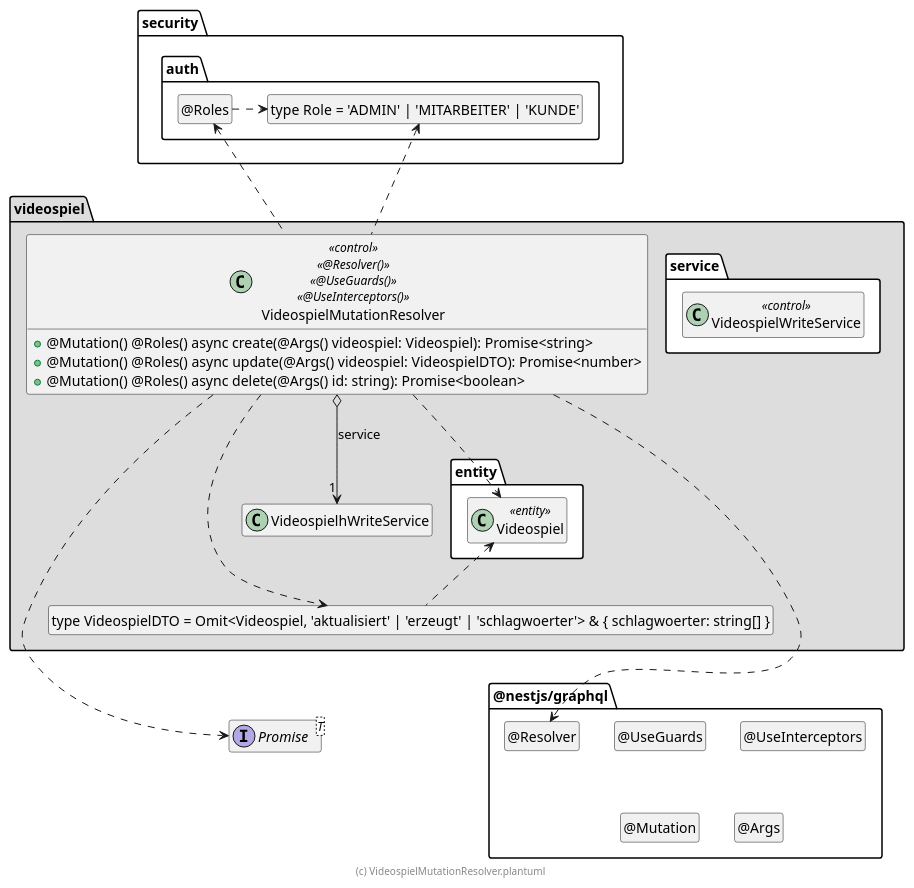
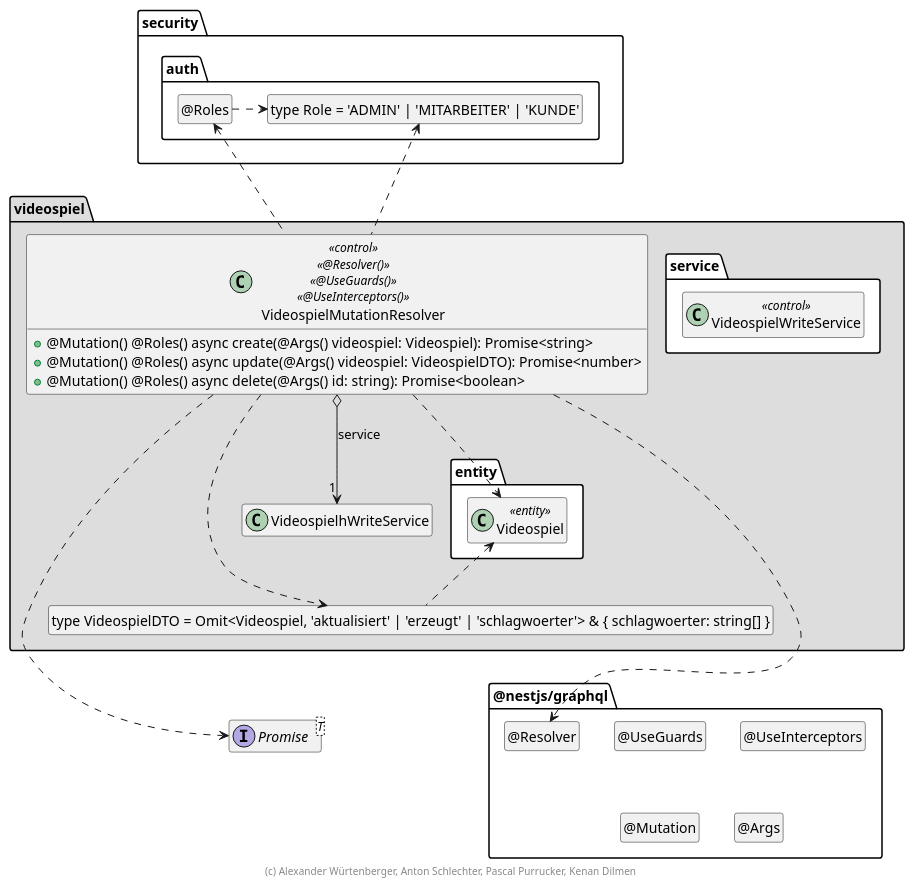
Before and after one commit to Kenan155/videospiel: the diagram in extras/doc/entwicklerhandbuch/VideospielMutationResolver.plantuml, drawn with PlantUML. The commit also changed 7 other files, not shown here.

```diff
--- a/extras/doc/entwicklerhandbuch/VideospielMutationResolver.plantuml
+++ b/extras/doc/entwicklerhandbuch/VideospielMutationResolver.plantuml
@@ -3,69 +3,69 @@
 @startuml Controller-Klasse
 
 interface Promise<T>
 
 package @nestjs/graphql {
   class "@Resolver" as Resolver
   hide Resolver circle
 
   class "@UseGuards" as UseGuards
   hide UseGuards circle
 
   class "@UseInterceptors" as UseInterceptors
   hide UseInterceptors circle
 
   class "@Mutation" as Mutation
   hide Mutation circle
 
   class "@Args" as Args
   hide Args circle
 }
 
 package security.auth {
   class "type Role = 'ADMIN' | 'MITARBEITER' | 'KUNDE'" as Role
   hide Role circle
 
   class "@Roles" as Roles
   hide Roles circle
 
   Roles .right.> Role
 }
 
 package videospiel #DDDDDD {
   package entity #FFFFFF {
     class Videospiel <<entity>>
   }
 
   package service #FFFFFF {
     class VideospielWriteService << control >>
   }
 
   class "type VideospielDTO = Omit<Videospiel, 'aktualisiert' | 'erzeugt' | 'schlagwoerter'> & { schlagwoerter: string[] }" as VideospielDTO
   hide VideospielDTO circle
 
   class VideospielMutationResolver << control >> << @Resolver() >> << @UseGuards() >> << @UseInterceptors() >> {
     + @Mutation() @Roles() async create(@Args() videospiel: Videospiel): Promise<string>
     + @Mutation() @Roles() async update(@Args() videospiel: VideospielDTO): Promise<number>
     + @Mutation() @Roles() async delete(@Args() id: string): Promise<boolean>
   }
 
   VideospielMutationResolver o-down-> "1" VideospielhWriteService : service
 
   VideospielMutationResolver ..> Videospiel
   VideospielMutationResolver ..> VideospielDTO
   VideospielDTO .up.> Videospiel
   VideospielMutationResolver ..> Promise
   VideospielMutationResolver ..> Resolver
 
   VideospielMutationResolver .up.> Roles
   VideospielMutationResolver .up.> Role
 
   VideospielDTO .[hidden].> Promise
   VideospielDTO .[hidden].> Resolver
 }
 
 hide empty members
 
-footer (c) VideospielMutationResolver.plantuml
+footer (c) Alexander Würtenberger, Anton Schlechter, Pascal Purrucker, Kenan Dilmen
 
 @enduml
```
